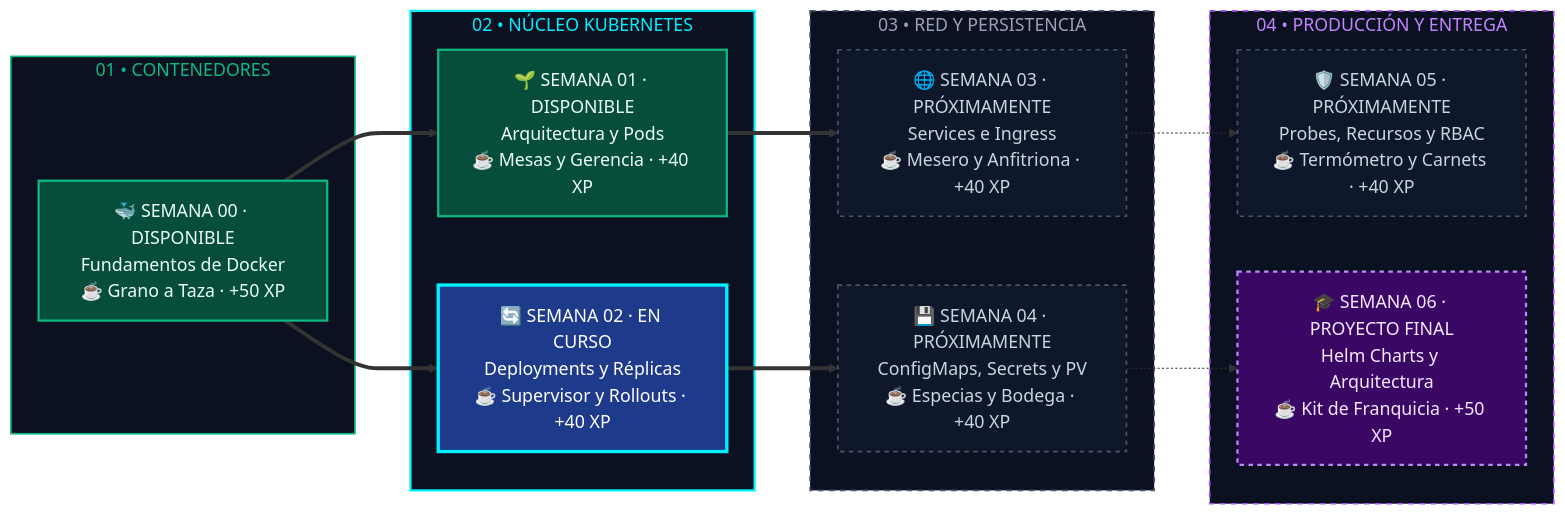
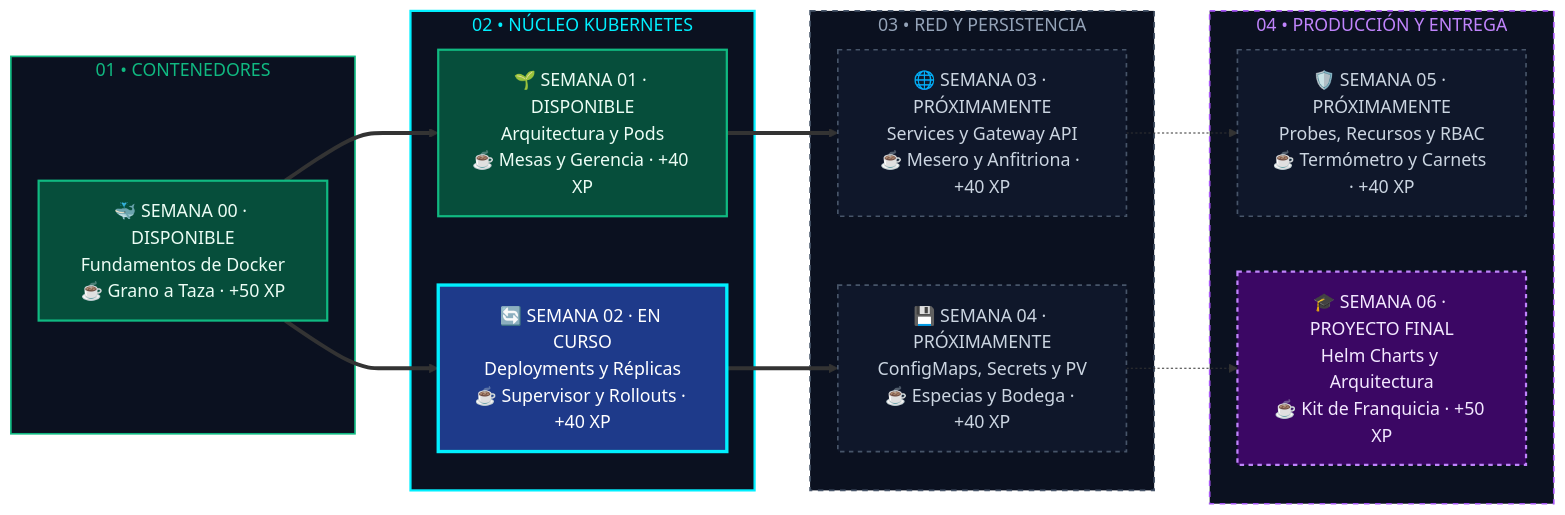
One commit to Arlex0296/Fundamentos-Kubernetes changed the diagram in README.md. Above: the diagram before and after it, drawn with Mermaid. The commit also changed other lines of this file and 25 other files, not shown here.

Commit message:
docs(redes): migrar referencias y simulador de Ingress a Gateway API (Gateway y HTTPRoute)

````diff
--- a/README.md
+++ b/README.md
@@ -108,47 +108,47 @@
 ```mermaid
 flowchart LR
     subgraph F1["01 • CONTENEDORES"]
         S0["🐳 SEMANA 00 · DISPONIBLE\nFundamentos de Docker\n☕ Grano a Taza · +50 XP"]
     end
 
     subgraph F2["02 • NÚCLEO KUBERNETES"]
         S1["🌱 SEMANA 01 · DISPONIBLE\nArquitectura y Pods\n☕ Mesas y Gerencia · +40 XP"]
         S2["🔄 SEMANA 02 · EN CURSO\nDeployments y Réplicas\n☕ Supervisor y Rollouts · +40 XP"]
     end
 
     subgraph F3["03 • RED Y PERSISTENCIA"]
-        S3["🌐 SEMANA 03 · PRÓXIMAMENTE\nServices e Ingress\n☕ Mesero y Anfitriona · +40 XP"]
+        S3["🌐 SEMANA 03 · PRÓXIMAMENTE\nServices y Gateway API\n☕ Mesero y Anfitriona · +40 XP"]
         S4["💾 SEMANA 04 · PRÓXIMAMENTE\nConfigMaps, Secrets y PV\n☕ Especias y Bodega · +40 XP"]
     end
 
     subgraph F4["04 • PRODUCCIÓN Y ENTREGA"]
         S5["🛡️ SEMANA 05 · PRÓXIMAMENTE\nProbes, Recursos y RBAC\n☕ Termómetro y Carnets · +40 XP"]
         S6["🎓 SEMANA 06 · PROYECTO FINAL\nHelm Charts y Arquitectura\n☕ Kit de Franquicia · +50 XP"]
     end
 
     S0 ==> S1
     S0 ==> S2
     S1 ==> S3
     S2 ==> S4
     S3 -.-> S5
     S4 -.-> S6
 
     click S0 "https://github.com/edwinbermudez91/Fundamentos-Kubernetes/tree/main/semana-00-fundamentos-docker" "Ir a Semana 00: Fundamentos de Docker"
     click S1 "https://github.com/edwinbermudez91/Fundamentos-Kubernetes/tree/main/semana-01-arquitectura" "Ir a Semana 01: Arquitectura y Pods"
     click S2 "https://github.com/edwinbermudez91/Fundamentos-Kubernetes/tree/main/semana-02-deployments" "Ir a Semana 02: Deployments y Réplicas"
 
     classDef done fill:#064E3B,stroke:#10B981,stroke-width:2px,color:#ECFDF5;
     classDef active fill:#1E3A8A,stroke:#00F0FF,stroke-width:3px,color:#FFFFFF;
     classDef next fill:#0F172A,stroke:#475569,stroke-width:1.5px,stroke-dasharray: 4 4,color:#CBD5E1;
     classDef final fill:#3B0764,stroke:#C084FC,stroke-width:2px,stroke-dasharray: 4 4,color:#F3E8FF;
 
     class S0,S1 done;
     class S2 active;
     class S3,S4,S5 next;
     class S6 final;
 
     style F1 fill:#0B1120,stroke:#10B981,stroke-width:1.5px,color:#10B981
     style F2 fill:#0B1120,stroke:#00F0FF,stroke-width:2px,color:#00F0FF
     style F3 fill:#0B1120,stroke:#475569,stroke-width:1.5px,stroke-dasharray: 5 5,color:#94A3B8
     style F4 fill:#0B1120,stroke:#A855F7,stroke-width:1.5px,stroke-dasharray: 5 5,color:#C084FC
 ```
````
